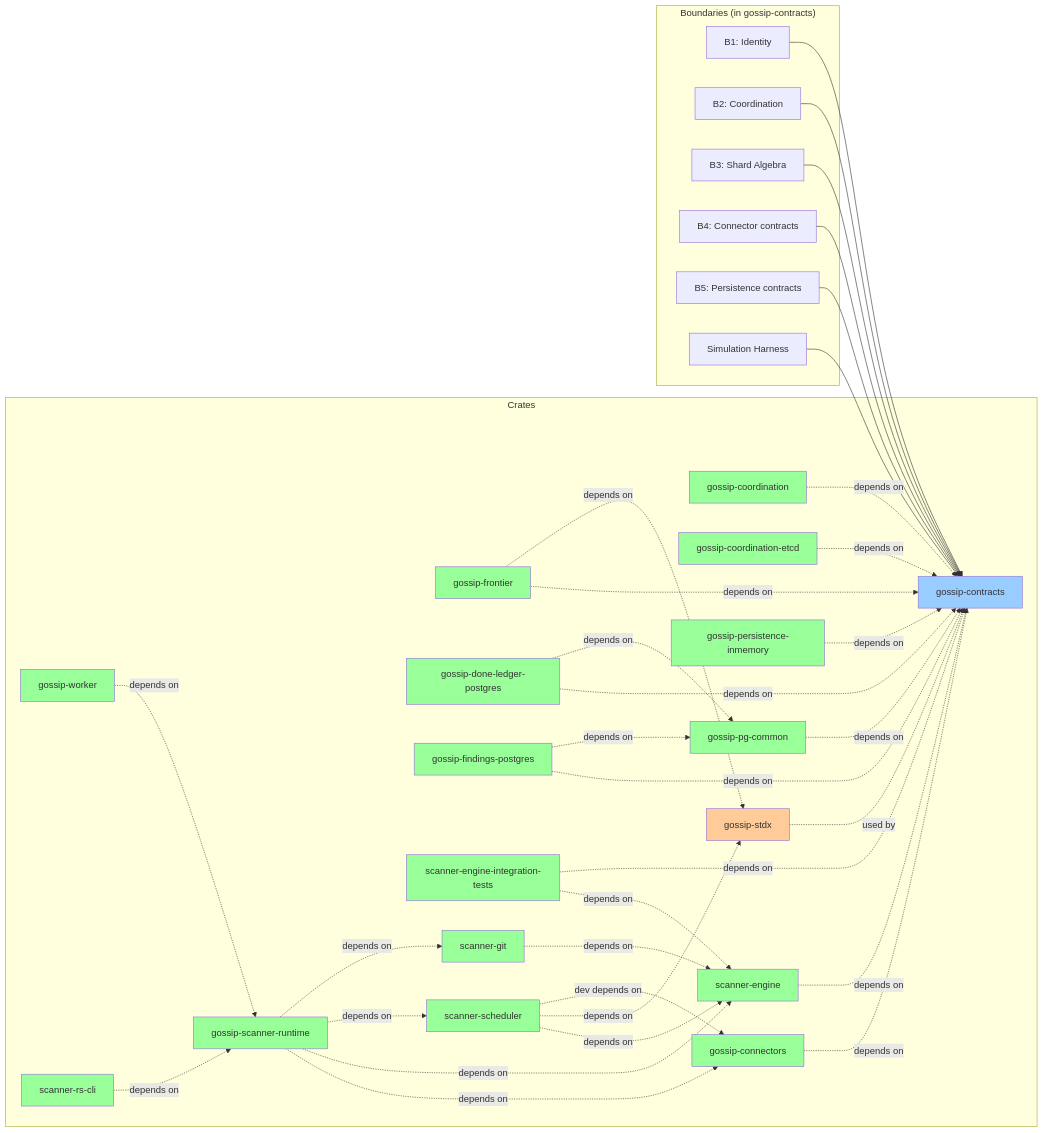
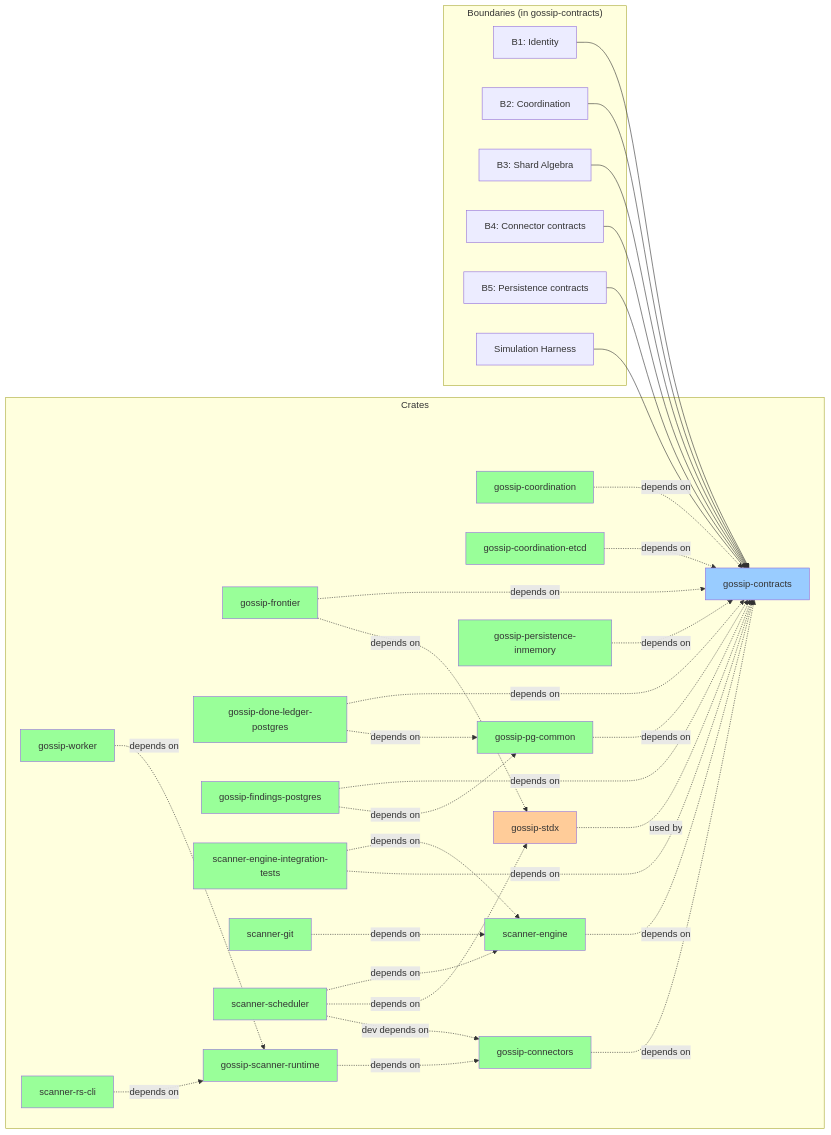
Before and after one commit to ahrav/gossip-rs-learning-guide: the fourth of 5 diagrams in 00-prologue/03-architecture-at-a-glance.md, drawn with Mermaid. The commit also changed other lines of this file and 30 other files, not shown here.

```diff
--- a/00-prologue/03-architecture-at-a-glance.md
+++ b/00-prologue/03-architecture-at-a-glance.md
@@ -262,9 +271,9 @@
         GCE[gossip-coordination-etcd]
         GCN[gossip-connectors]
         GPI[gossip-persistence-inmemory]
+        GPC[gossip-pg-common]
         GDLP[gossip-done-ledger-postgres]
         GFP[gossip-findings-postgres]
-        GPC[gossip-pg-common]
         SE[scanner-engine]
         SEIT[scanner-engine-integration-tests]
         SG[scanner-git]
@@ -297,11 +306,11 @@
     GCE -.->|depends on| GC
     GCN -.->|depends on| GC
     GPI -.->|depends on| GC
+    GPC -.->|depends on| GC
     GDLP -.->|depends on| GC
     GDLP -.->|depends on| GPC
     GFP -.->|depends on| GC
     GFP -.->|depends on| GPC
-    GPC -.->|depends on| GC
     SE -.->|depends on| GC
     SEIT -.->|depends on| SE
     SEIT -.->|depends on| GC
@@ -310,9 +319,6 @@
     SS -.->|depends on| GST
     SS -.->|dev depends on| GCN
     GSR -.->|depends on| GCN
-    GSR -.->|depends on| SE
-    GSR -.->|depends on| SS
-    GSR -.->|depends on| SG
     GW -.->|depends on| GSR
     CLI -.->|depends on| GSR
 
@@ -325,9 +331,9 @@
     style GCE fill:#99ff99
     style GCN fill:#99ff99
     style GPI fill:#99ff99
+    style GPC fill:#99ff99
     style GDLP fill:#99ff99
     style GFP fill:#99ff99
-    style GPC fill:#99ff99
     style SE fill:#99ff99
     style SEIT fill:#99ff99
     style SG fill:#99ff99
```
